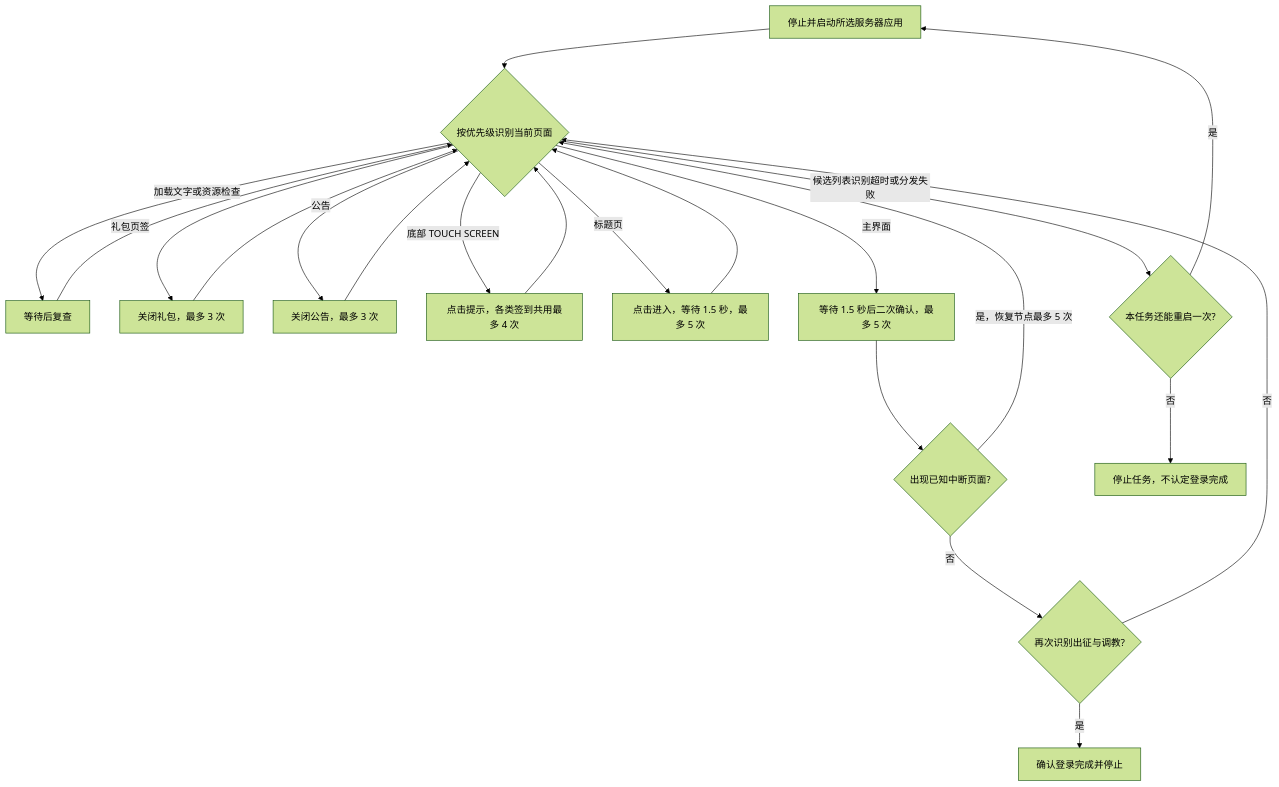
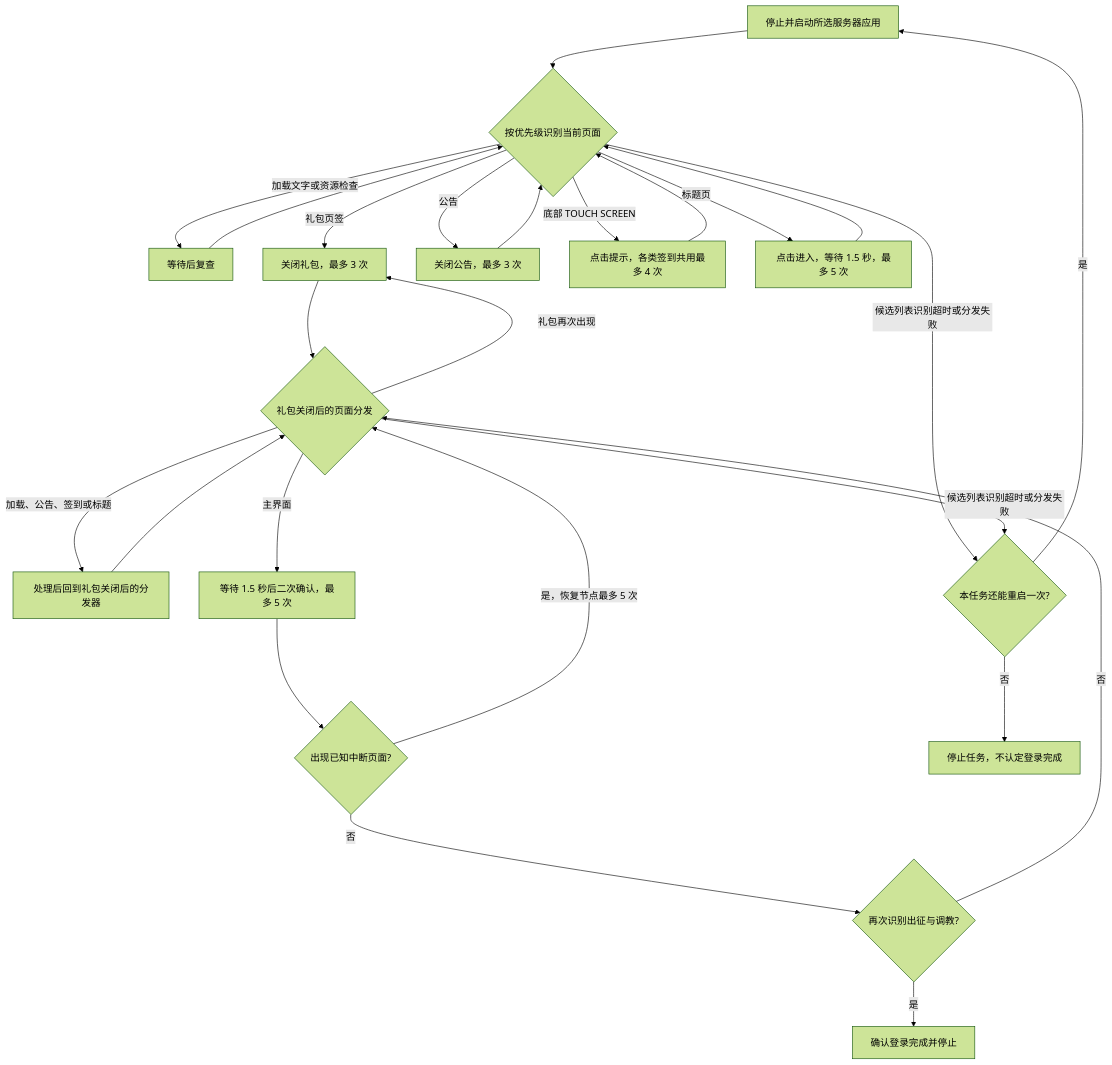
Before and after one commit to cccrx1/TKFMaa: the diagram in docs/zh_cn/tasks/game_login.md, drawn with Mermaid (forest theme). The commit also changed other lines of this file and 1 other file, not shown here.

````diff
--- a/docs/zh_cn/tasks/game_login.md
+++ b/docs/zh_cn/tasks/game_login.md
@@ -27,23 +35,27 @@
 ```mermaid
 flowchart TD
     Start[停止并启动所选服务器应用] --> Check{按优先级识别当前页面}
     Check -->|加载文字或资源检查| Loading[等待后复查]
     Loading --> Check
     Check -->|礼包页签| Gift[关闭礼包，最多 3 次]
-    Gift --> Check
+    Gift --> AfterGift{礼包关闭后的页面分发}
     Check -->|公告| Notice[关闭公告，最多 3 次]
     Notice --> Check
     Check -->|底部 TOUCH SCREEN| SignIn[点击提示，各类签到共用最多 4 次]
     SignIn --> Check
     Check -->|标题页| Title[点击进入，等待 1.5 秒，最多 5 次]
     Title --> Check
-    Check -->|主界面| Observe[等待 1.5 秒后二次确认，最多 5 次]
+    AfterGift -->|加载、公告、签到或标题| Handle[处理后回到礼包关闭后的分发器]
+    Handle --> AfterGift
+    AfterGift -->|礼包再次出现| Gift
+    AfterGift -->|主界面| Observe[等待 1.5 秒后二次确认，最多 5 次]
     Observe --> Interrupted{出现已知中断页面?}
-    Interrupted -->|是，恢复节点最多 5 次| Check
+    Interrupted -->|是，恢复节点最多 5 次| AfterGift
     Interrupted -->|否| Main{再次识别出征与调教?}
     Main -->|是| Done[确认登录完成并停止]
-    Main -->|否| Check
+    Main -->|否| AfterGift
     Check -->|候选列表识别超时或分发失败| Retry{本任务还能重启一次?}
+    AfterGift -->|候选列表识别超时或分发失败| Retry
     Retry -->|是| Start
     Retry -->|否| Stop[停止任务，不认定登录完成]
 ```
````
